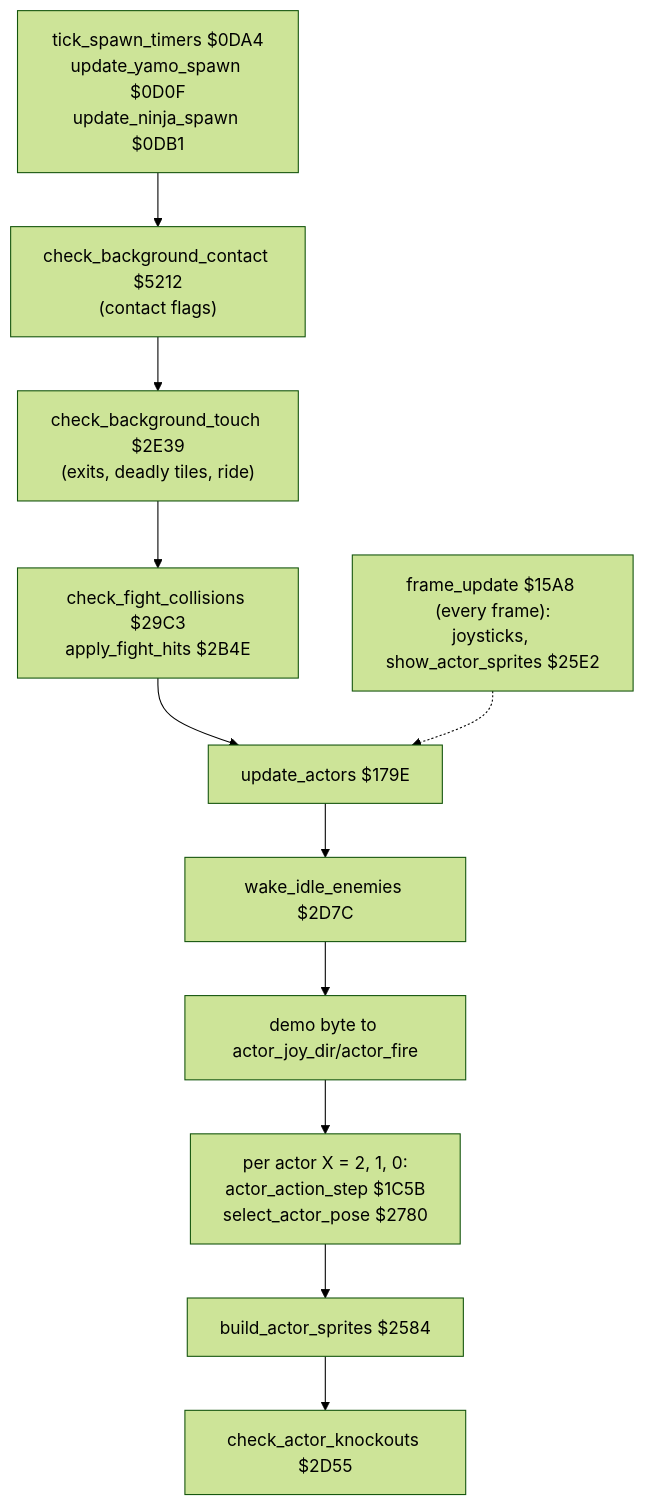
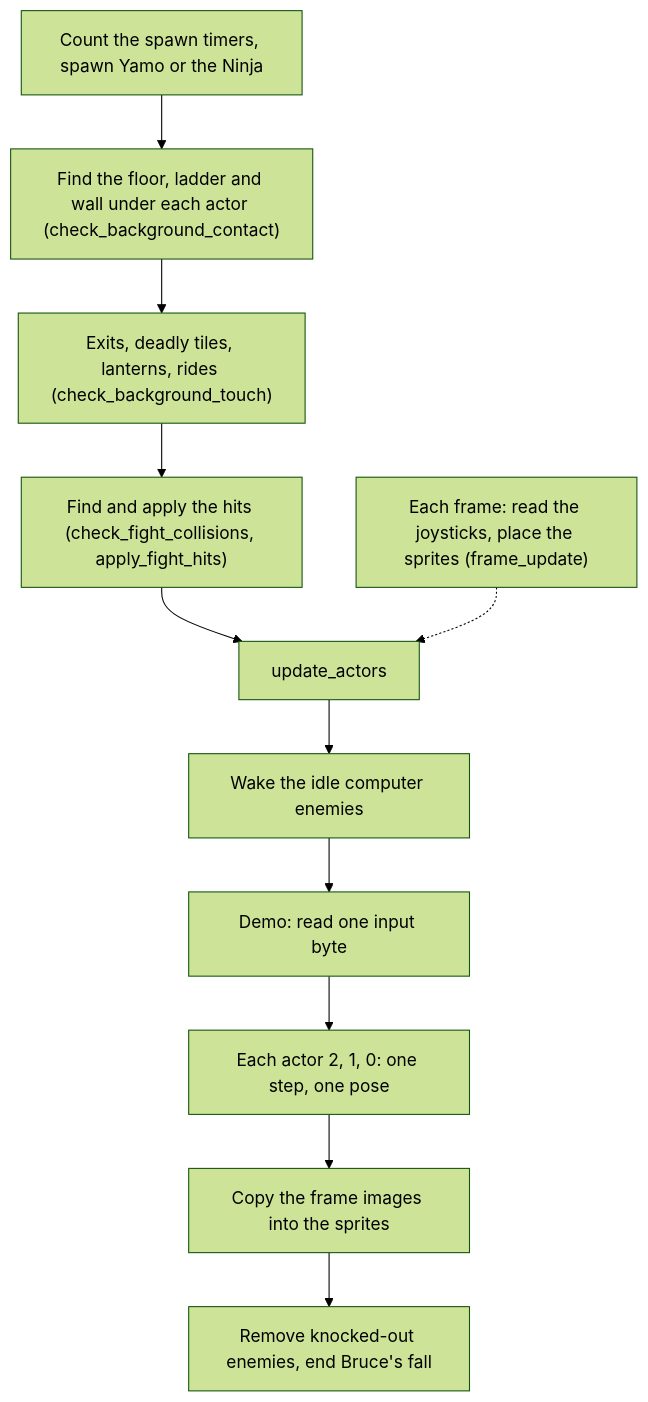
The first of 7 diagrams in bruce_lee/docs/actors.md (henols/c64_games), drawn with Mermaid (forest theme) before and after one commit. The commit also changed other lines of this file and 124 other files, not shown here.

First line of the commit message:
Bruce Lee: a development page, the demo ends at the first lost fall, the tape tools at $FE00, and the documentation regenerated

````diff
--- a/bruce_lee/docs/actors.md
+++ b/bruce_lee/docs/actors.md
@@ -37,13 +30,13 @@
 ```mermaid
 flowchart TB
-  A["tick_spawn_timers $0DA4<br/>update_yamo_spawn $0D0F<br/>update_ninja_spawn $0DB1"] --> B["check_background_contact $5212<br/>(contact flags)"]
-  B --> C["check_background_touch $2E39<br/>(exits, deadly tiles, ride)"]
-  C --> D["check_fight_collisions $29C3<br/>apply_fight_hits $2B4E"]
-  D --> E["update_actors $179E"]
-  E --> E1["wake_idle_enemies $2D7C"]
-  E1 --> E2["demo byte to actor_joy_dir/actor_fire"]
-  E2 --> E3["per actor X = 2, 1, 0:<br/>actor_action_step $1C5B<br/>select_actor_pose $2780"]
-  E3 --> F["build_actor_sprites $2584"]
-  F --> G["check_actor_knockouts $2D55"]
-  IRQ["frame_update $15A8 (every frame):<br/>joysticks, show_actor_sprites $25E2"] -.-> E
+  A["Count the spawn timers, spawn Yamo or the Ninja"] --> B["Find the floor, ladder and wall under each actor (check_background_contact)"]
+  B --> C["Exits, deadly tiles, lanterns, rides (check_background_touch)"]
+  C --> D["Find and apply the hits (check_fight_collisions, apply_fight_hits)"]
+  D --> E["update_actors"]
+  E --> E1["Wake the idle computer enemies"]
+  E1 --> E2["Demo: read one input byte"]
+  E2 --> E3["Each actor 2, 1, 0: one step, one pose"]
+  E3 --> F["Copy the frame images into the sprites"]
+  F --> G["Remove knocked-out enemies, end Bruce's fall"]
+  IRQ["Each frame: read the joysticks, place the sprites (frame_update)"] -.-> E
 ```
````
